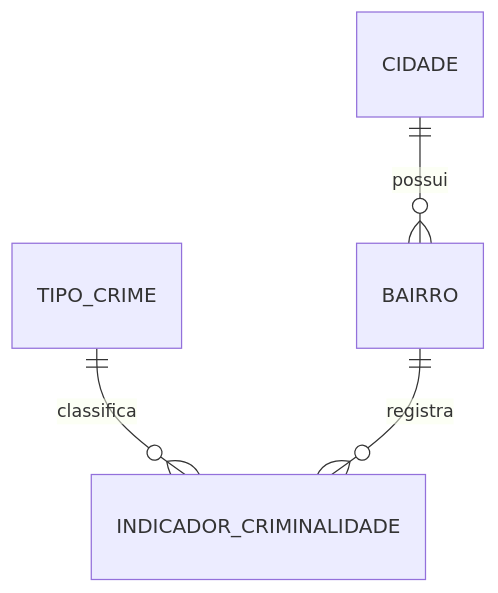
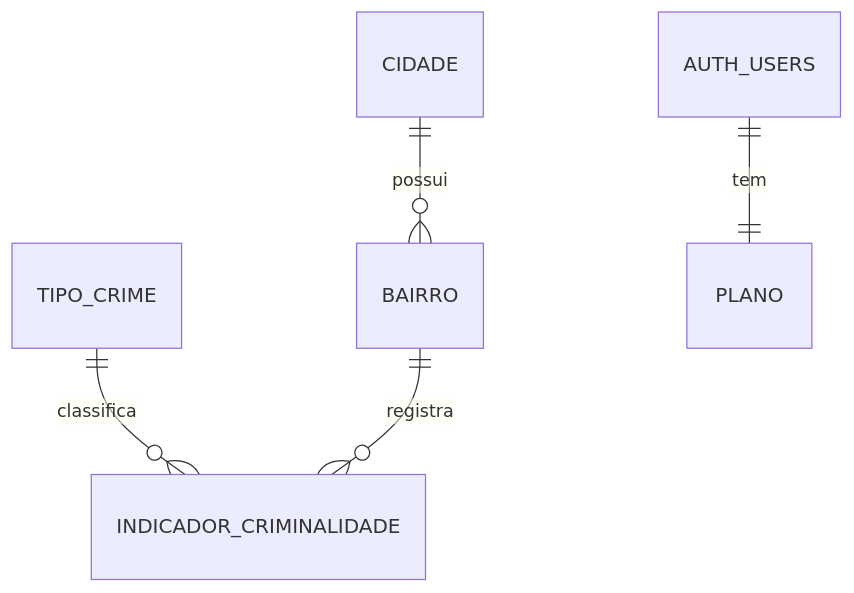
The second of 3 diagrams in docs/dados.md (Senador2006/SafePlace_App_Documentation), drawn with Mermaid before and after one commit. The commit also changed other lines of this file and 26 other files, not shown here.

````diff
--- a/docs/dados.md
+++ b/docs/dados.md
@@ -51,6 +50,7 @@
 ```mermaid
 erDiagram
   CIDADE ||--o{ BAIRRO : possui
   TIPO_CRIME ||--o{ INDICADOR_CRIMINALIDADE : classifica
   BAIRRO ||--o{ INDICADOR_CRIMINALIDADE : registra
+  AUTH_USERS ||--|| PLANO : tem
 ```
````
